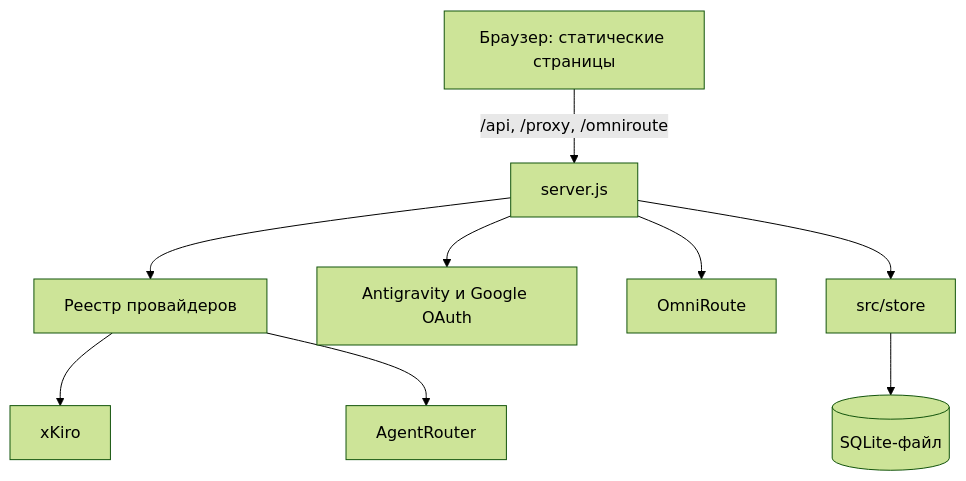
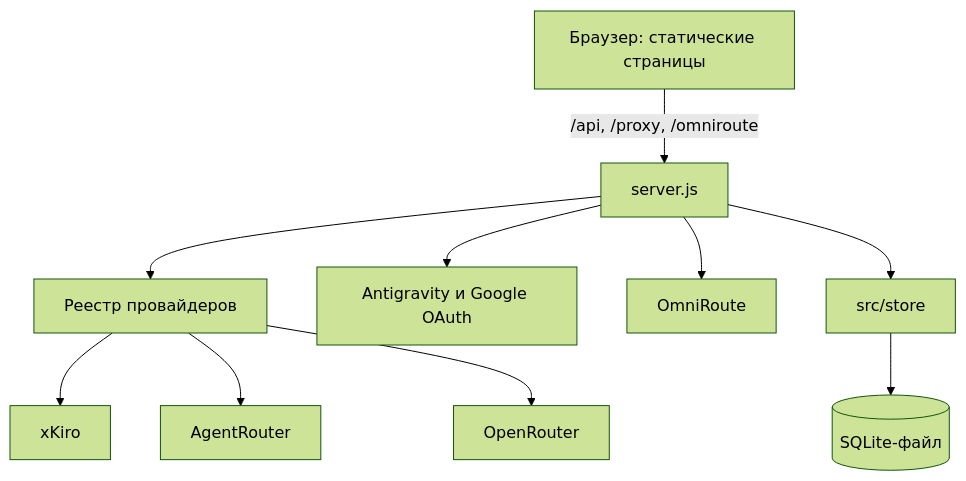
The diagram in README.md (ak-flash/ai-panel-omniroute), drawn with Mermaid (forest theme) before and after one commit. The commit also changed other lines of this file and 25 other files, not shown here.

Commit message:
Add OpenRouter provider and online coding ratings

````diff
--- a/README.md
+++ b/README.md
@@ -185,11 +186,12 @@
 ```mermaid
 flowchart TD
     B[Браузер: статические страницы] -->|/api, /proxy, /omniroute| S[server.js]
     S --> R[Реестр провайдеров]
     R --> X[xKiro]
     R --> A[AgentRouter]
+    R --> OR[OpenRouter]
     S --> G[Antigravity и Google OAuth]
-    S --> O[OmniRoute]
+    S --> OM[OmniRoute]
     S --> V[src/store]
     V --> D[(SQLite-файл)]
 ```
````
